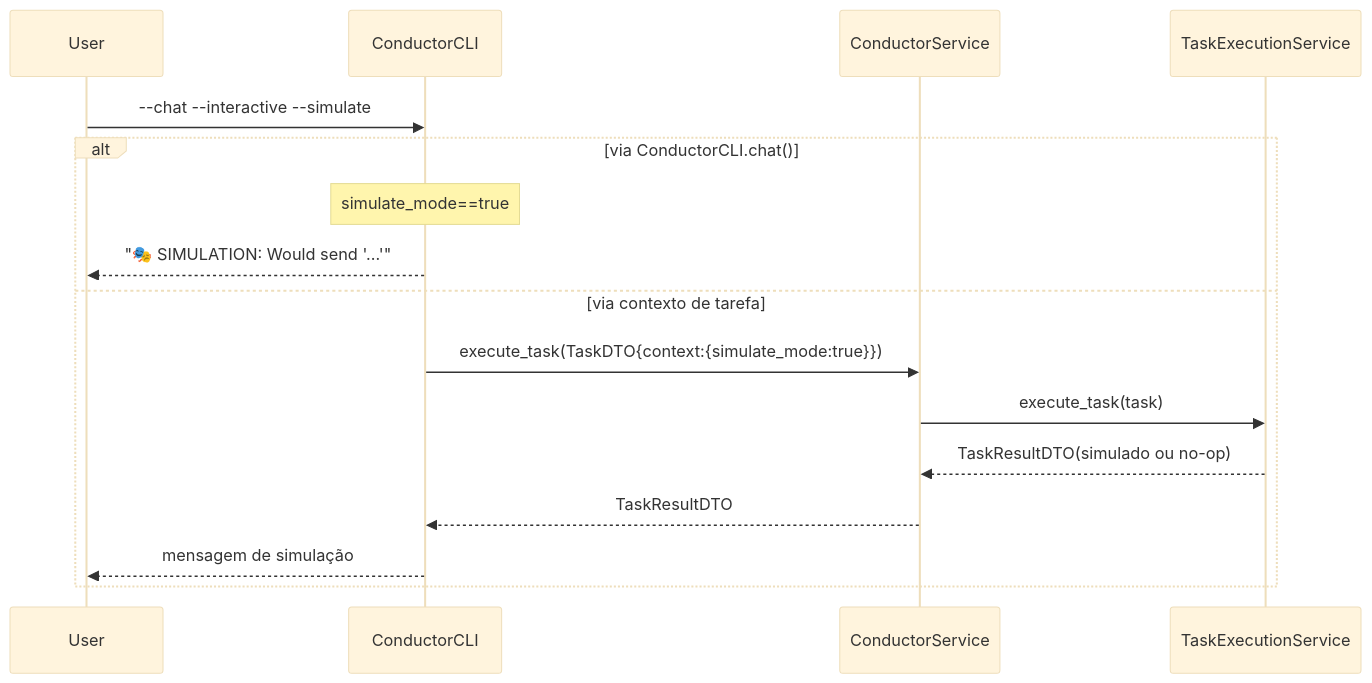
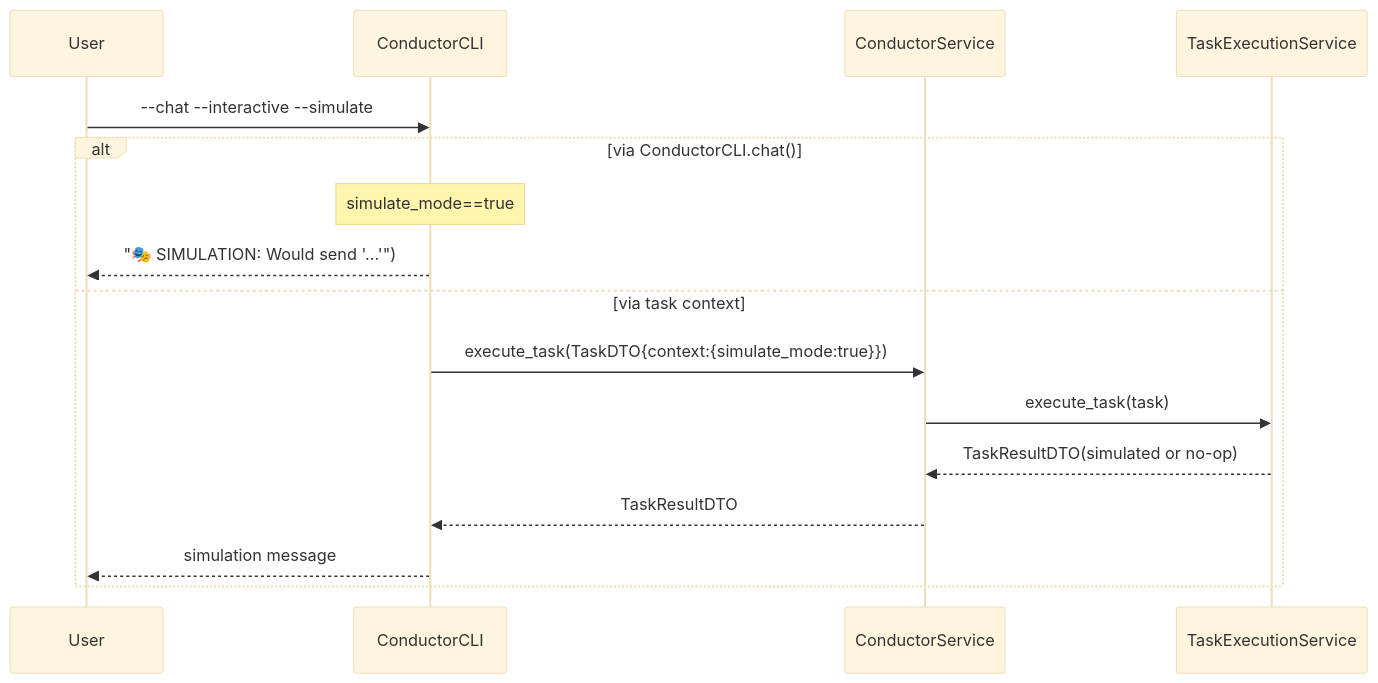
One commit to primoia/conductor changed the third of 3 diagrams in docs/architecture/sequence-diagrams/execution-modes.md. Above: the diagram before and after it, drawn with Mermaid (base theme). The commit also changed other lines of this file and 44 other files, not shown here.

````diff
--- a/docs/architecture/sequence-diagrams/execution-modes.md
+++ b/docs/architecture/sequence-diagrams/execution-modes.md
@@ -50,19 +51,19 @@
 ```mermaid
 sequenceDiagram
     participant User
     participant ConductorCLI
     participant Conductor as ConductorService
     participant TaskExec as TaskExecutionService
 
     User->>ConductorCLI: --chat --interactive --simulate
     alt via ConductorCLI.chat()
         Note over ConductorCLI: simulate_mode==true
-        ConductorCLI-->>User: "🎭 SIMULATION: Would send '...'"
-    else via contexto de tarefa
+        ConductorCLI-->>User: "🎭 SIMULATION: Would send '...'")
+    else via task context
         ConductorCLI->>Conductor: execute_task(TaskDTO{context:{simulate_mode:true}})
         Conductor->>TaskExec: execute_task(task)
-        TaskExec-->>Conductor: TaskResultDTO(simulado ou no-op)
+        TaskExec-->>Conductor: TaskResultDTO(simulated or no-op)
         Conductor-->>ConductorCLI: TaskResultDTO
-        ConductorCLI-->>User: mensagem de simulação
+        ConductorCLI-->>User: simulation message
     end
 ```
````
